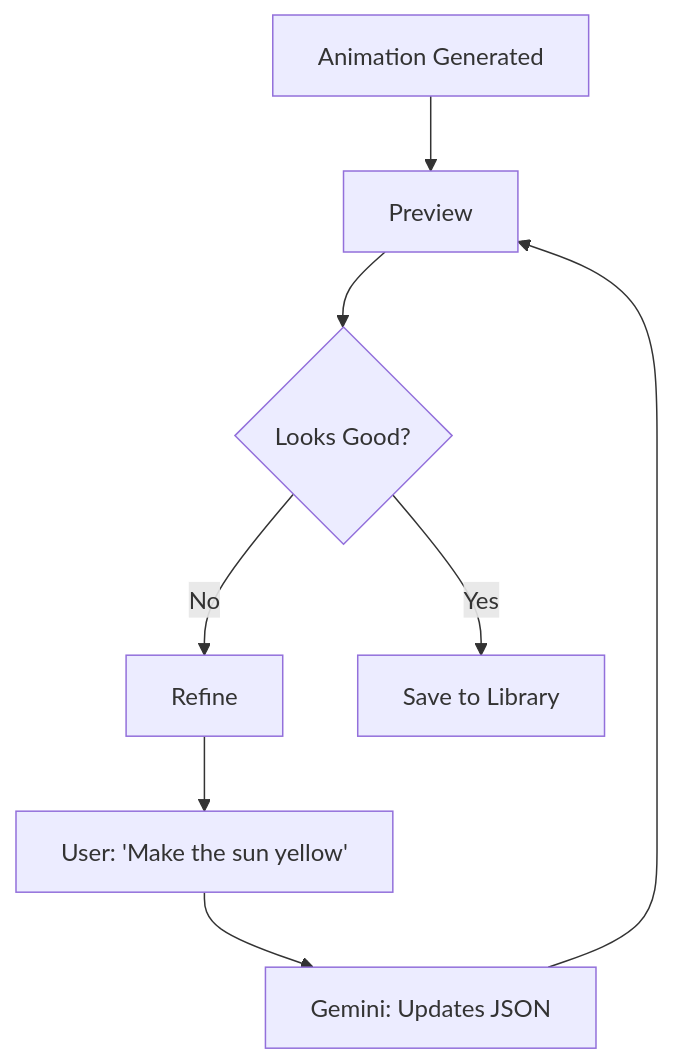
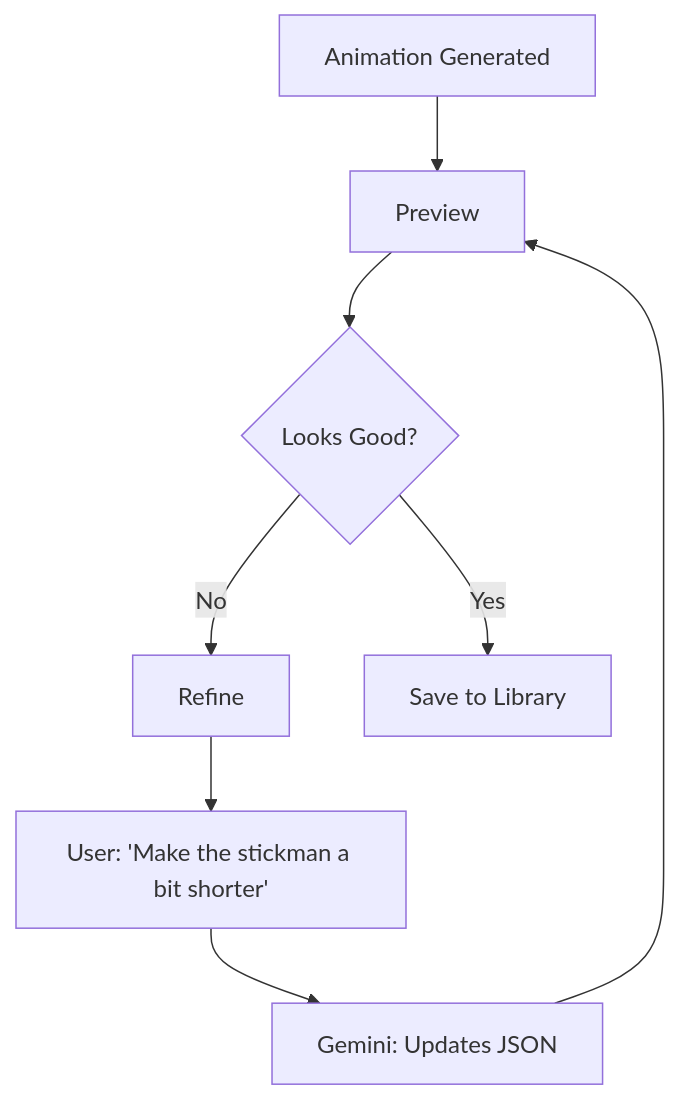
One commit to muhammedashharps/stickman changed the fifth of 7 diagrams in GEMINI_INTEGRATION.md. Above: the diagram before and after it, drawn with Mermaid. The commit also changed other lines of this file, not shown here.

````diff
--- a/GEMINI_INTEGRATION.md
+++ b/GEMINI_INTEGRATION.md
@@ -232,10 +393,10 @@
 ```mermaid
 graph TD
     A[Animation Generated] --> B[Preview]
     B --> C{Looks Good?}
     C -->|No| D[Refine]
-    D --> E[User: 'Make the sun yellow']
+    D --> E[User: 'Make the stickman a bit shorter']
     E --> F[Gemini: Updates JSON]
     F --> B
     C -->|Yes| G[Save to Library]
 ```
````
